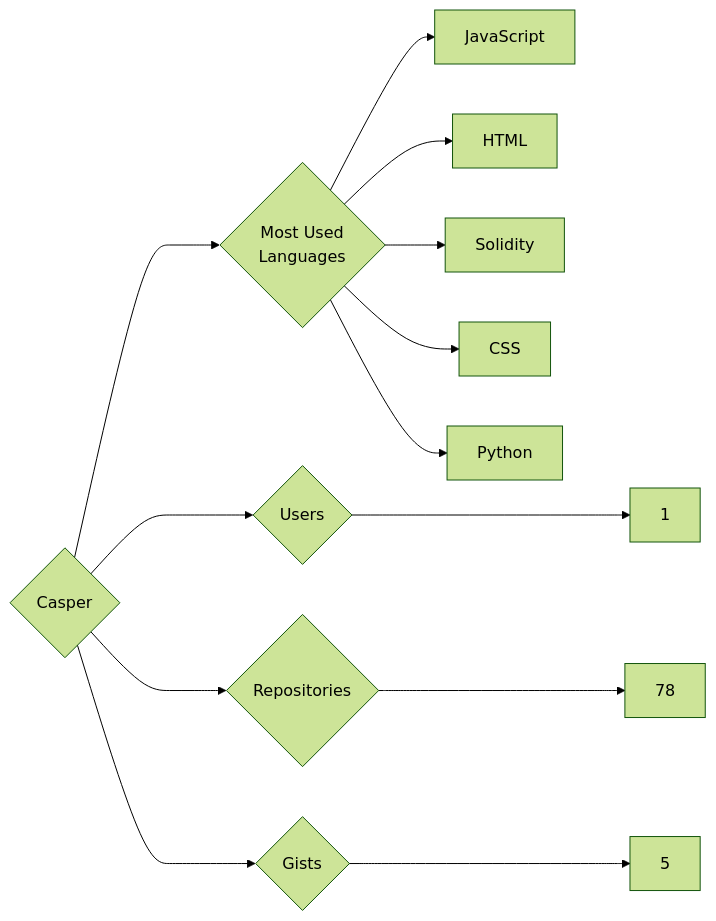
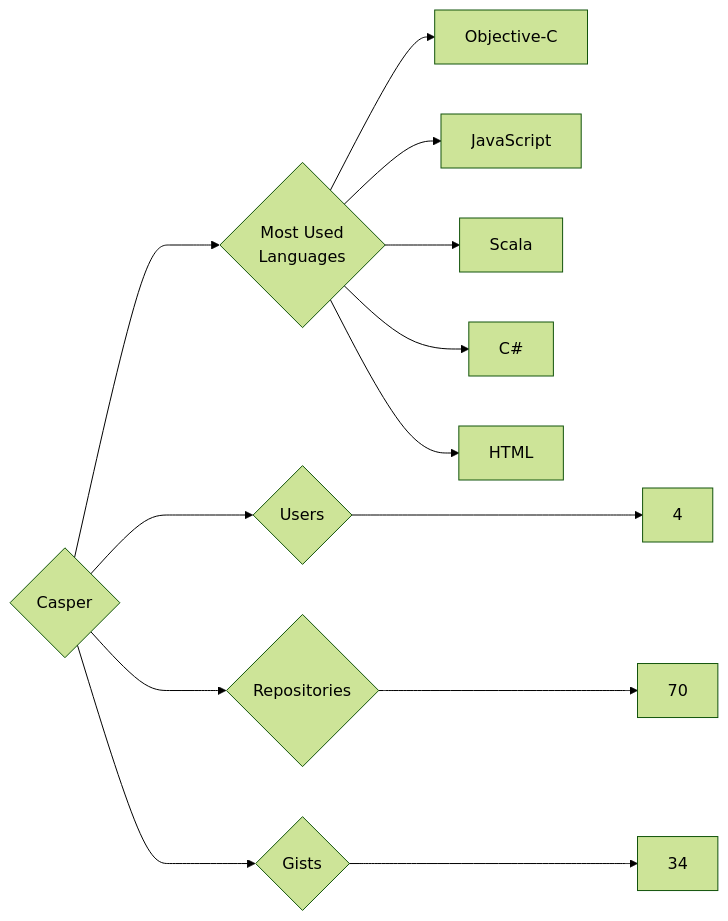
One commit to trickest/insiders changed the diagram in targets/Casper/README.md. Above: the diagram before and after it, drawn with Mermaid (forest theme). The commit also changed 1089 other files, not shown here.

````diff
--- a/targets/Casper/README.md
+++ b/targets/Casper/README.md
@@ -3,13 +3,13 @@
 ```mermaid
 graph LR
 COMPANY_NAME{Casper}
-COMPANY_NAME ---> U{Users} ---> UN[1]
-COMPANY_NAME ---> R{Repositories} ---> RN[78]
-COMPANY_NAME ---> G{Gists} ---> GN[5]
+COMPANY_NAME ---> U{Users} ---> UN[4]
+COMPANY_NAME ---> R{Repositories} ---> RN[70]
+COMPANY_NAME ---> G{Gists} ---> GN[34]
 COMPANY_NAME ---> ML{Most Used<br>Languages}
+ML --> Objective-C[Objective-C]
 ML --> JavaScript[JavaScript]
+ML --> Scala[Scala]
+ML --> C#[C#]
 ML --> HTML[HTML]
-ML --> Solidity[Solidity]
-ML --> CSS[CSS]
-ML --> Python[Python]
 ```
````
